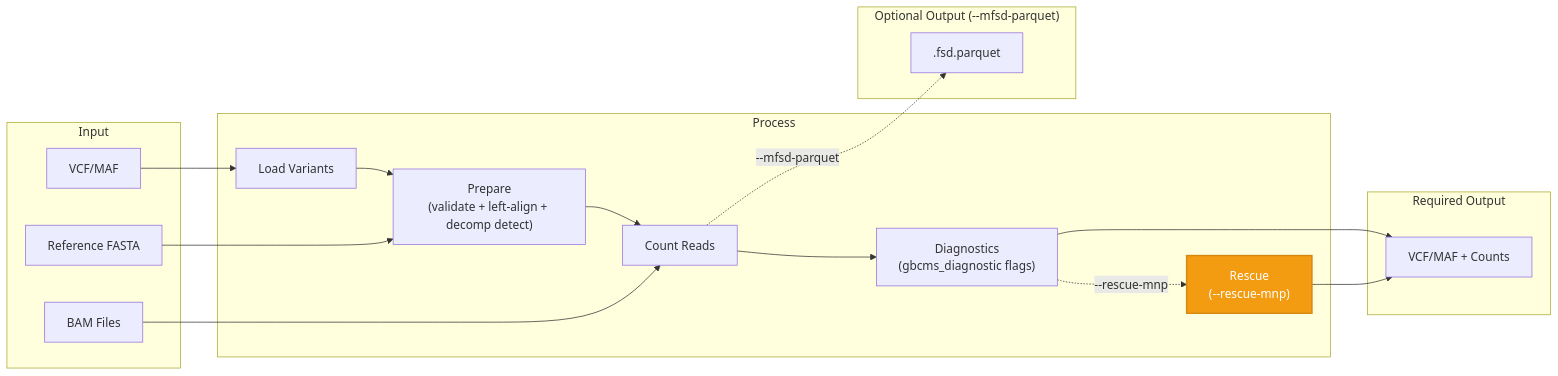
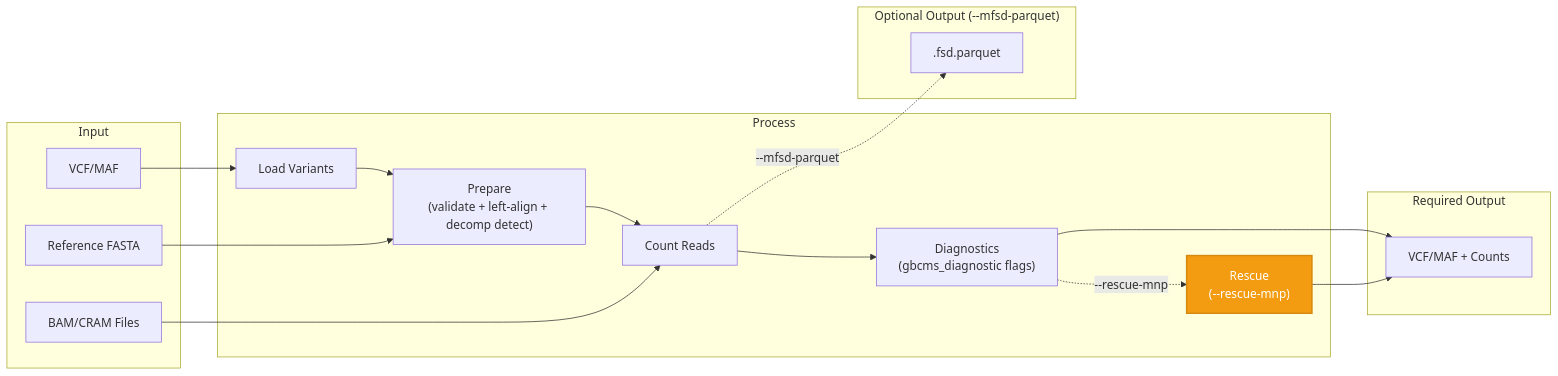
The second of 7 diagrams in docs/reference/architecture.md (msk-access/gbcms), drawn with Mermaid before and after one commit. The commit also changed 27 other files, not shown here.

````diff
--- a/docs/reference/architecture.md
+++ b/docs/reference/architecture.md
@@ -44,36 +44,36 @@
 ```mermaid
 flowchart LR
     subgraph Input
         VCF["VCF/MAF"]
-        BAM["BAM Files"]
+        BAM["BAM/CRAM Files"]
         FASTA["Reference FASTA"]
     end
 
     subgraph Process
         Load["Load Variants"]
         Prepare["Prepare\n(validate + left-align + decomp detect)"]
         Count["Count Reads"]
         Diag["Diagnostics\n(gbcms_diagnostic flags)"]
         Rescue["Rescue\n(--rescue-mnp)"]:::optional
     end
 
     subgraph Output ["Required Output"]
         Result["VCF/MAF + Counts"]
     end
 
     subgraph OptOut ["Optional Output (--mfsd-parquet)"]
         Parquet["<sample>.fsd.parquet"]
     end
 
     VCF --> Load --> Prepare
     FASTA --> Prepare
     Prepare --> Count
     BAM --> Count
     Count --> Diag
     Diag -.->|"--rescue-mnp"| Rescue
     Diag --> Result
     Rescue --> Result
     Count -.->|"--mfsd-parquet"| Parquet
 
     classDef optional fill:#f39c12,color:#fff,stroke:#d68910,stroke-width:2px;
 ```
````
